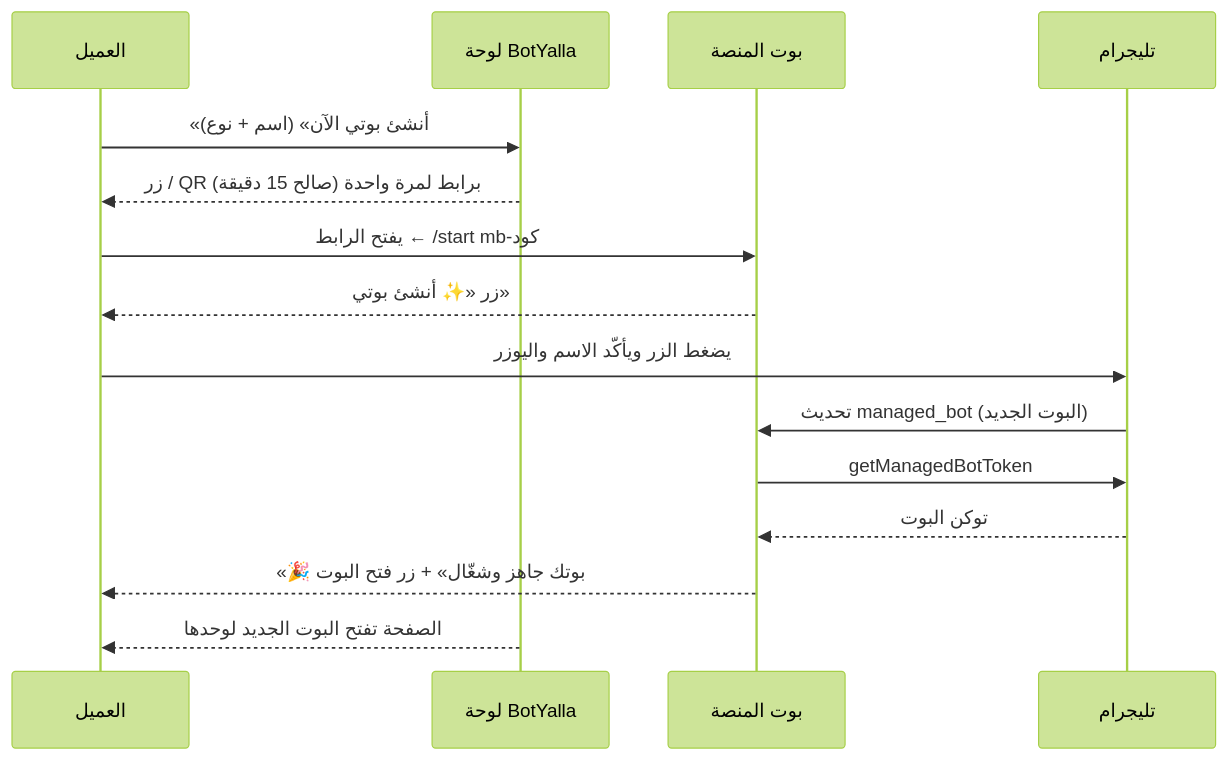
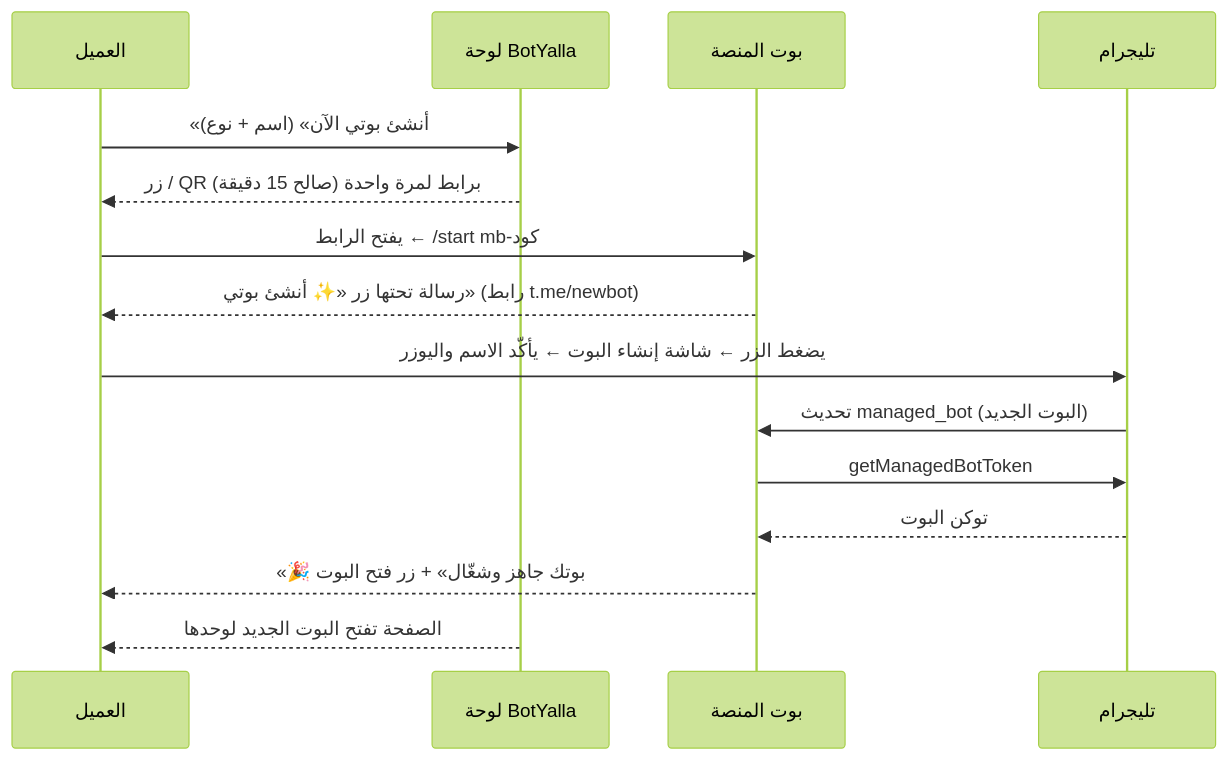
The diagram in docs/ONE_TAP_SETUP.md (KINGMAN8888/BotYalla), drawn with Mermaid (forest theme) before and after one commit. The commit also changed other lines of this file and 4 other files, not shown here.

````diff
--- a/docs/ONE_TAP_SETUP.md
+++ b/docs/ONE_TAP_SETUP.md
@@ -39,17 +39,17 @@
 ```mermaid
 sequenceDiagram
     participant C as العميل
     participant W as لوحة BotYalla
     participant P as بوت المنصة
     participant T as تليجرام
     C->>W: «أنشئ بوتي الآن» (اسم + نوع)
     W-->>C: زر / QR برابط لمرة واحدة (صالح 15 دقيقة)
     C->>P: يفتح الرابط ← /start mb-كود
-    P-->>C: زر «✨ أنشئ بوتي»
-    C->>T: يضغط الزر ويأكّد الاسم واليوزر
+    P-->>C: رسالة تحتها زر «✨ أنشئ بوتي» (رابط t.me/newbot)
+    C->>T: يضغط الزر ← شاشة إنشاء البوت ← يأكّد الاسم واليوزر
     T->>P: تحديث managed_bot (البوت الجديد)
     P->>T: getManagedBotToken
     T-->>P: توكن البوت
     P-->>C: «🎉 بوتك جاهز وشغّال» + زر فتح البوت
     W-->>C: الصفحة تفتح البوت الجديد لوحدها
 ```
````
